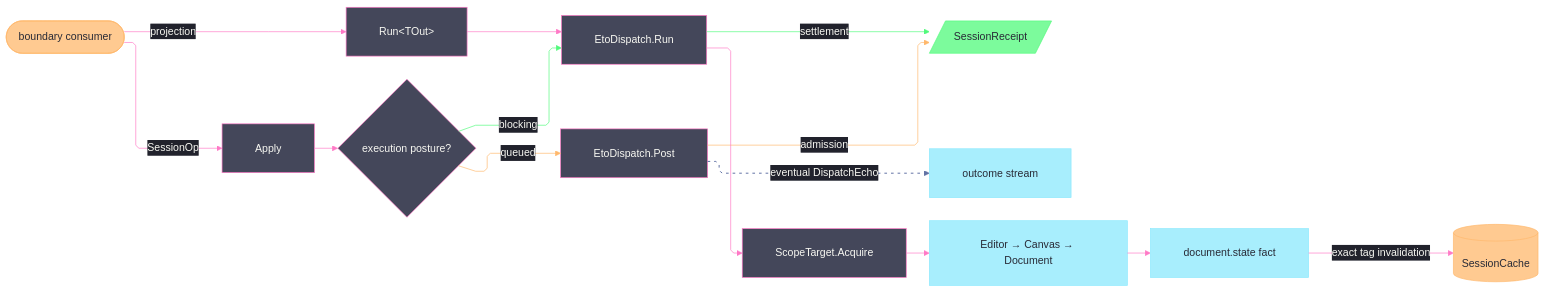
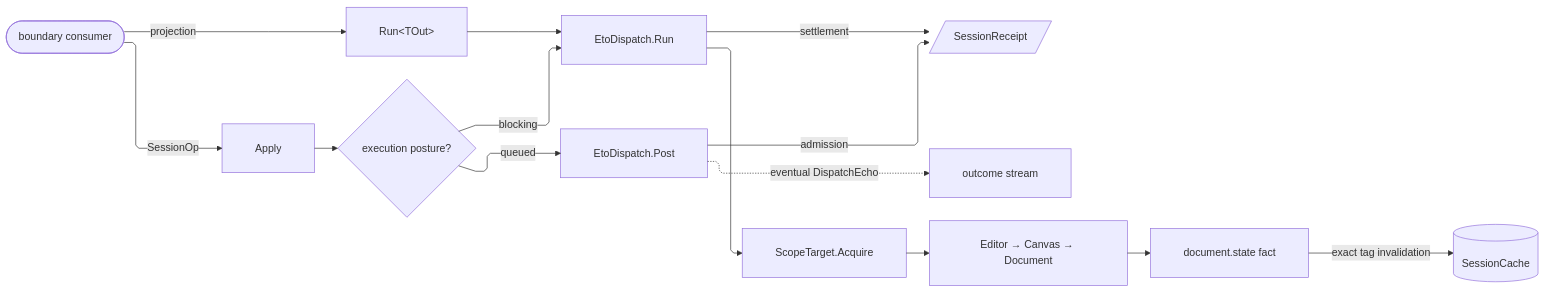
One commit to bsamiee/Rasm changed the diagram in libs/csharp/Rasm.Grasshopper/.planning/Shell/session.md. Above: the diagram before and after it, drawn with Mermaid. The commit also changed 324 other files, not shown here.

````diff
--- a/libs/csharp/Rasm.Grasshopper/.planning/Shell/session.md
+++ b/libs/csharp/Rasm.Grasshopper/.planning/Shell/session.md
@@ -282,52 +282,25 @@
 ```mermaid
 ---
 config:
-  theme: base
-  look: classic
   layout: elk
   flowchart:
     curve: linear
     padding: 25
-  themeVariables:
-    darkMode: true
-    fontFamily: "SF Mono, Menlo, Cascadia Mono, Segoe UI Mono, Consolas, monospace"
-    useGradient: false
-    dropShadow: "none"
-    background: "#282A36"
-    primaryColor: "#44475A"
-    primaryTextColor: "#F8F8F2"
-    primaryBorderColor: "#BD93F9"
-    lineColor: "#FF79C6"
-    textColor: "#F8F8F2"
-    edgeLabelBackground: "#21222C"
-    labelBackgroundColor: "#21222C"
-  themeCSS: ".nodeLabel{font-size:13px;font-weight:500}.edgeLabel{font-size:12px;font-weight:500}.cluster-label .nodeLabel{font-size:13.5px;font-weight:700;letter-spacing:.08em}.edge-thickness-normal{stroke-width:2px}.edge-thickness-thick{stroke-width:3px}.edge-pattern-dashed,.edge-pattern-dotted{stroke-width:1.5px;stroke-dasharray:4 6}.node rect,.node circle,.node polygon,.node path,.node .outer-path{stroke-width:1.5px;filter:none!important}.cluster rect{stroke-width:1px!important;stroke-dasharray:5 4!important;filter:none!important}.marker path{transform:scale(.8);transform-origin:5px 5px}.marker circle{transform:scale(.48);transform-origin:5px 5px}.edgeLabel rect{transform-box:fill-box;transform-origin:center;transform:scale(1.1,1.2)}"
 ---
 flowchart LR
     accTitle: Distinguish session settlement from queue admission
     accDescr: Session commands split blocking settlement from queued admission before both produce monotonic acknowledgements; value projections share the blocking dispatcher, live scope is acquired inside the dispatch window, and document-state facts invalidate exact cache tags.
     Consumer(["boundary consumer"]) -->|SessionOp| Apply["Apply"]
     Consumer -->|projection| RunGate["Run&lt;TOut&gt;"]
     Apply --> Lane{"execution posture?"}
     Lane -->|"blocking"| Dispatch["EtoDispatch.Run"]
     Lane -->|"queued"| Queue["EtoDispatch.Post"]
     Queue -->|"admission"| Receipt[/"SessionReceipt"/]
     Queue -.->|"eventual DispatchEcho"| Echo["outcome stream"]
     Dispatch --> Scope["ScopeTarget.Acquire"]
     RunGate --> Dispatch
     Scope --> Host["Editor → Canvas → Document"]
     Dispatch -->|"settlement"| Receipt
     Host --> Events["document.state fact"]
     Events -->|"exact tag invalidation"| Cache[("SessionCache")]
-    linkStyle 3,10 stroke:#50FA7B,color:#F8F8F2
-    linkStyle 4,5 stroke:#FFB86C,color:#282A36
-    linkStyle 6 stroke:#6272A4,color:#F8F8F2,stroke-width:1.5px,stroke-dasharray:4 6
-    classDef primary fill:#44475A,stroke:#FF79C6,color:#F8F8F2
-    classDef success fill:#50FA7BBF,stroke:#50FA7B,color:#282A36
-    classDef data fill:#FFB86CBF,stroke:#FFB86C,color:#282A36
-    classDef external fill:#8BE9FDBF,stroke:#8BE9FD,color:#282A36
-    class Consumer,Cache data
-    class Apply,RunGate,Lane,Dispatch,Queue,Scope primary
-    class Receipt success
-    class Host,Events,Echo external
 ```
````
